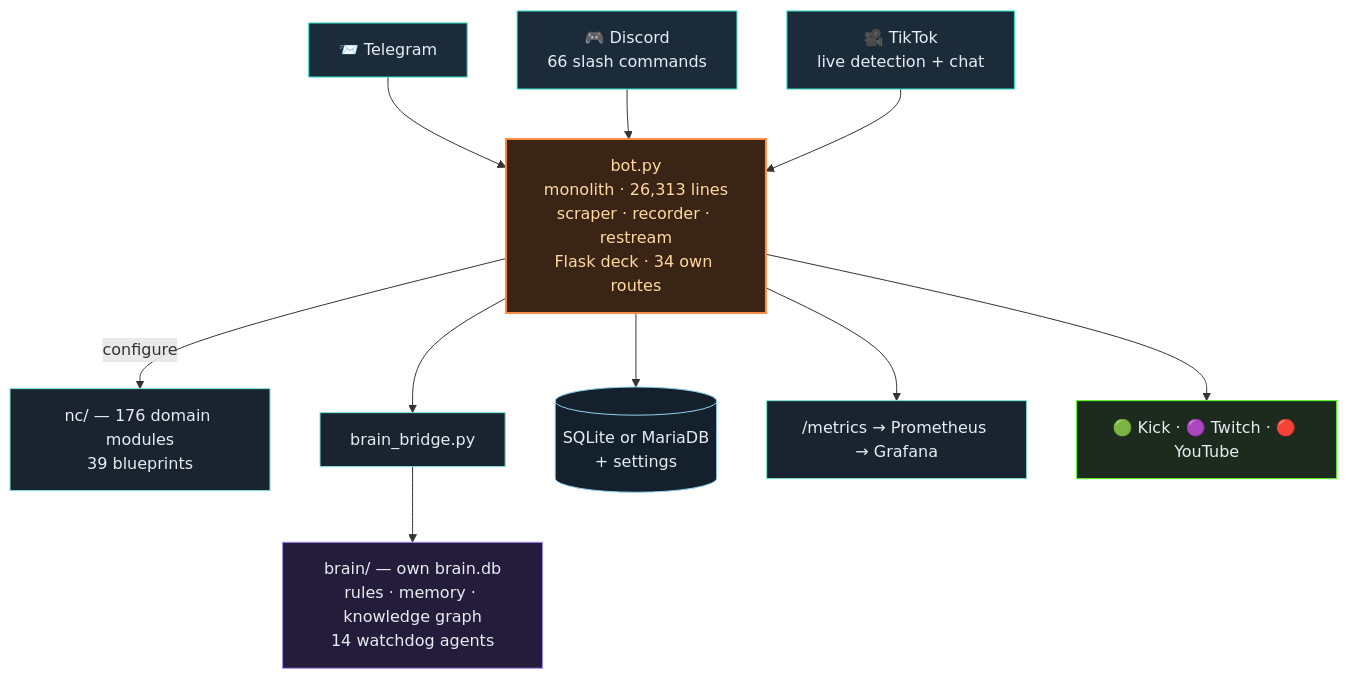
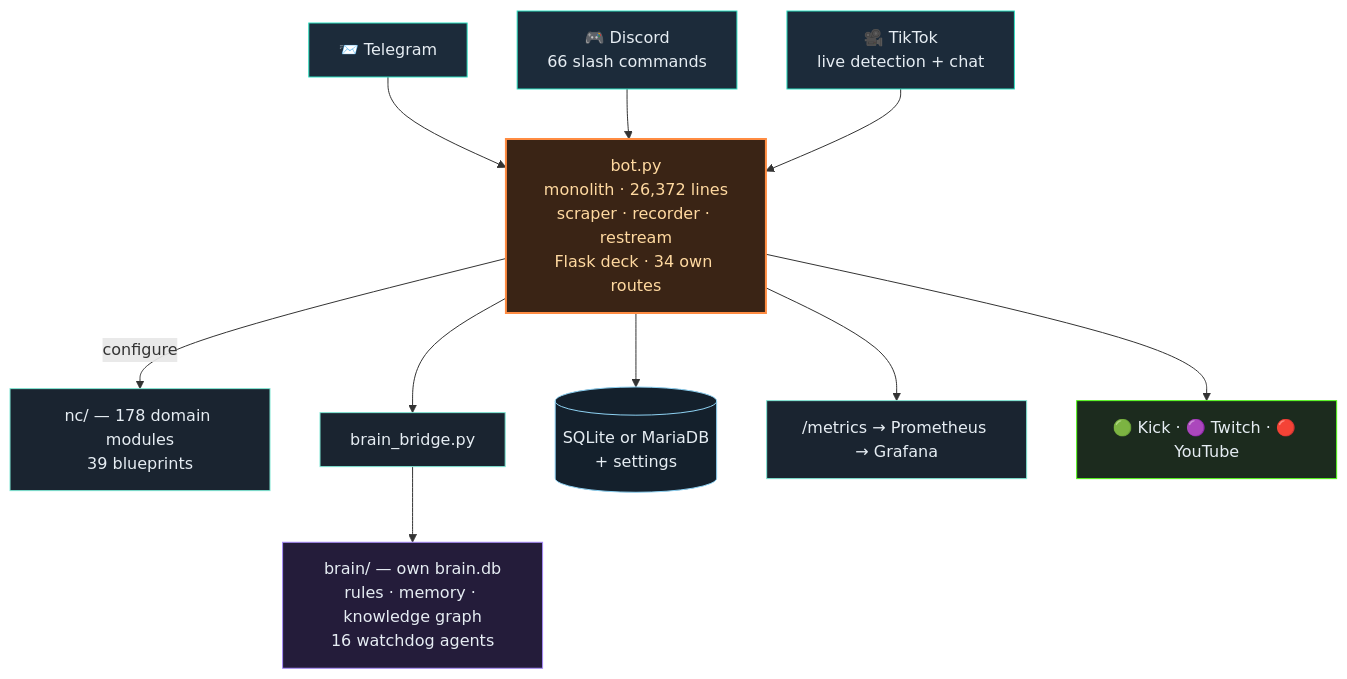
The second of 3 diagrams in README.en.md (itsamemedev/Telegram-Stream-Info-Bot), drawn with Mermaid before and after one commit. The commit also changed other lines of this file and 35 other files, not shown here.

````diff
--- a/README.en.md
+++ b/README.en.md
@@ -119,19 +119,19 @@
 ```mermaid
 flowchart TB
     TG["📨 Telegram"]:::ein --> BOT
     DC["🎮 Discord<br/>66 slash commands"]:::ein --> BOT
     TT["🎥 TikTok<br/>live detection + chat"]:::ein --> BOT
-    BOT["bot.py<br/>monolith · 26,313 lines<br/>scraper · recorder · restream<br/>Flask deck · 34 own routes"]:::core
-    BOT -->|configure| NC["nc/ — 176 domain modules<br/>39 blueprints"]:::lib
+    BOT["bot.py<br/>monolith · 26,372 lines<br/>scraper · recorder · restream<br/>Flask deck · 34 own routes"]:::core
+    BOT -->|configure| NC["nc/ — 178 domain modules<br/>39 blueprints"]:::lib
     BOT --> BR["brain_bridge.py"]:::lib
-    BR --> BRAIN["brain/ — own brain.db<br/>rules · memory · knowledge graph<br/>14 watchdog agents"]:::brain
+    BR --> BRAIN["brain/ — own brain.db<br/>rules · memory · knowledge graph<br/>16 watchdog agents"]:::brain
     BOT --> DB[("SQLite or MariaDB<br/>+ settings")]:::db
     BOT --> PROM["/metrics → Prometheus → Grafana"]:::lib
     BOT --> OUT["🟢 Kick · 🟣 Twitch · 🔴 YouTube"]:::out
     classDef ein fill:#1c2b3a,stroke:#2de1c2,color:#e6edf3
     classDef core fill:#3a2415,stroke:#ff8c42,stroke-width:2px,color:#ffd9a0
     classDef lib fill:#1a2430,stroke:#7fe7d4,color:#e6edf3
     classDef brain fill:#241c3a,stroke:#a78bfa,color:#e6edf3
     classDef db fill:#14202c,stroke:#8fd3f4,color:#e6edf3
     classDef out fill:#1c2b1e,stroke:#53fc18,color:#e6edf3
 ```
````
